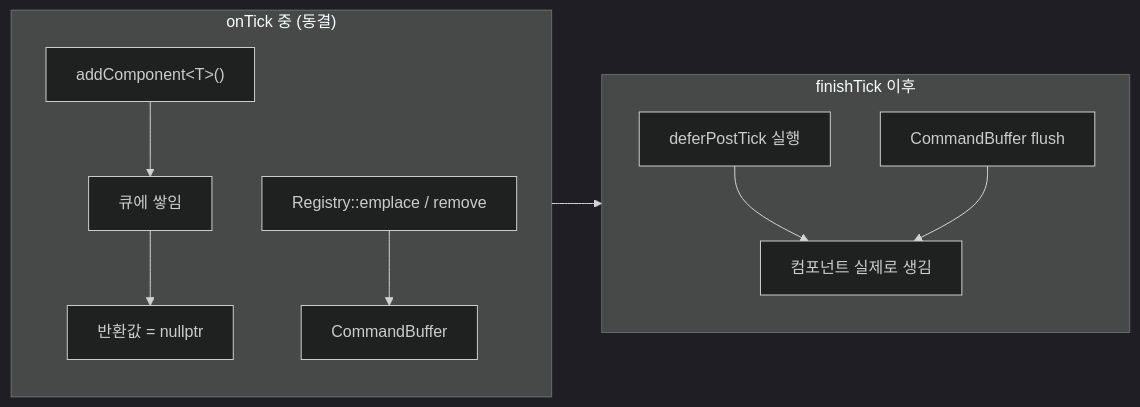
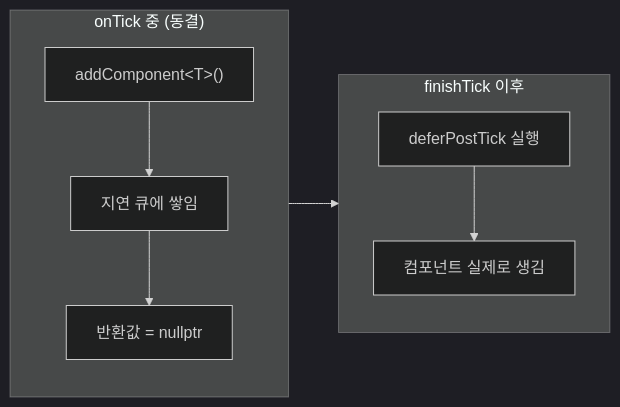
The second of 3 diagrams in Source/Engine/Object/README.md (sswgame/LearningTemplate), drawn with Mermaid (dark theme) before and after one commit. The commit also changed other lines of this file and 373 other files, not shown here.

````diff
--- a/Source/Engine/Object/README.md
+++ b/Source/Engine/Object/README.md
@@ -81,15 +77,12 @@
 ```mermaid
 flowchart LR
   subgraph during ["onTick 중 (동결)"]
-    A1["addComponent&lt;T&gt;()"] --> A2["큐에 쌓임"]
+    A1["addComponent&lt;T&gt;()"] --> A2["지연 큐에 쌓임"]
     A2 --> A3["반환값 = nullptr"]
-    B1["Registry::emplace / remove"] --> B2["CommandBuffer"]
   end
   subgraph after ["finishTick 이후"]
     C1["deferPostTick 실행"]
-    C2["CommandBuffer flush"]
     C1 --> C3["컴포넌트 실제로 생김"]
-    C2 --> C3
   end
   during --> after
 ```
````
